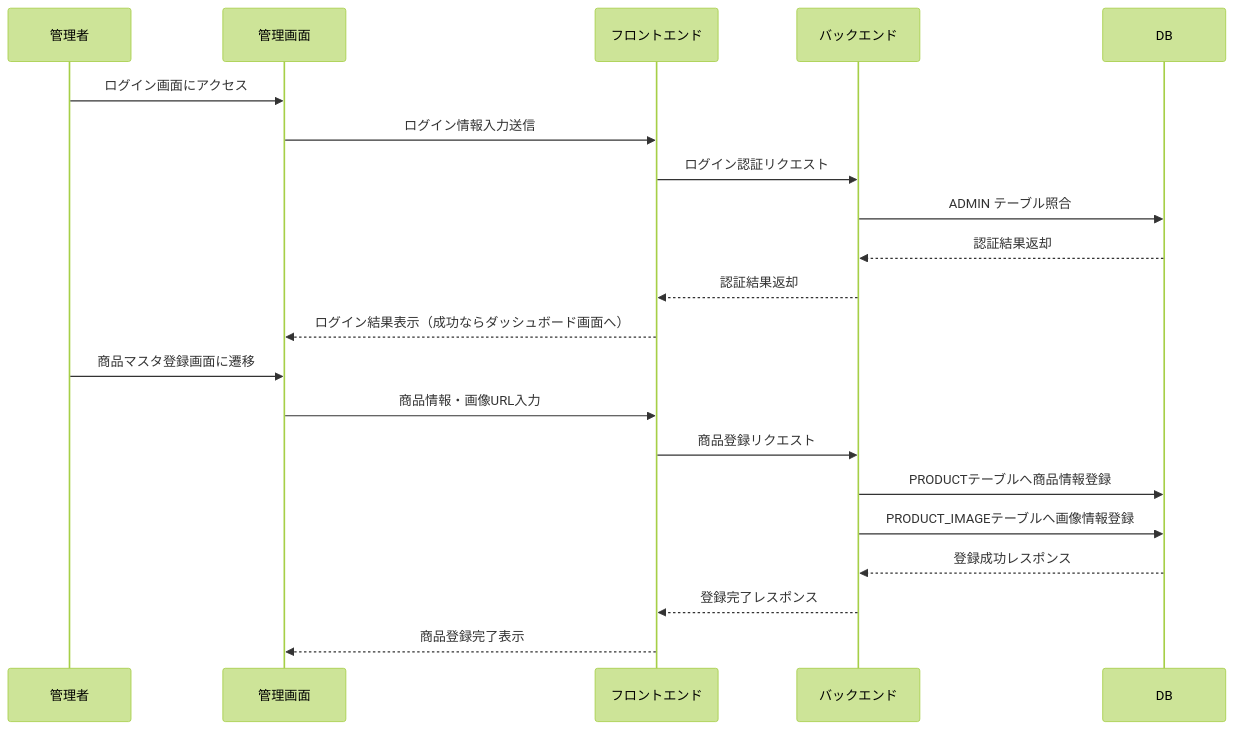
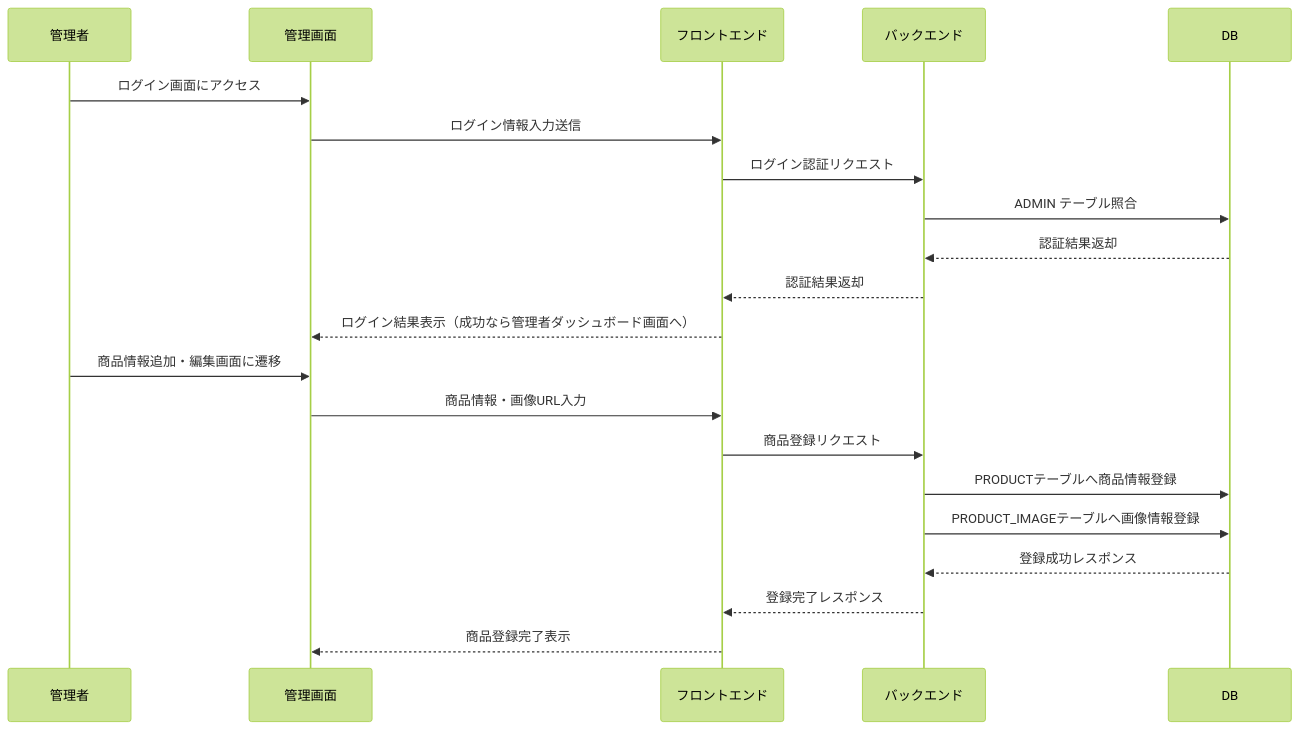
One commit to YUKlT0/Equipe changed the fourth of 5 diagrams in 基本設計/D.md. Above: the diagram before and after it, drawn with Mermaid (forest theme). The commit also changed other lines of this file, not shown here.

```diff
--- a/基本設計/D.md
+++ b/基本設計/D.md
@@ -356,26 +356,26 @@
 <div class="mermaid">
 sequenceDiagram
     participant 管理者
     participant 管理画面
     participant フロントエンド
     participant バックエンド
     participant DB
 
     管理者->>管理画面: ログイン画面にアクセス
     管理画面->>フロントエンド: ログイン情報入力送信
     フロントエンド->>バックエンド: ログイン認証リクエスト
     バックエンド->>DB: ADMIN テーブル照合
     DB-->>バックエンド: 認証結果返却
     バックエンド-->>フロントエンド: 認証結果返却
-    フロントエンド-->>管理画面: ログイン結果表示（成功ならダッシュボード画面へ）
+    フロントエンド-->>管理画面: ログイン結果表示（成功なら管理者ダッシュボード画面へ）
 
-    管理者->>管理画面: 商品マスタ登録画面に遷移
+    管理者->>管理画面: 商品情報追加・編集画面に遷移
     管理画面->>フロントエンド: 商品情報・画像URL入力
     フロントエンド->>バックエンド: 商品登録リクエスト
 
     バックエンド->>DB: PRODUCTテーブルへ商品情報登録
     バックエンド->>DB: PRODUCT_IMAGEテーブルへ画像情報登録
     DB-->>バックエンド: 登録成功レスポンス
     バックエンド-->>フロントエンド: 登録完了レスポンス
     フロントエンド-->>管理画面: 商品登録完了表示
 </div>
```
